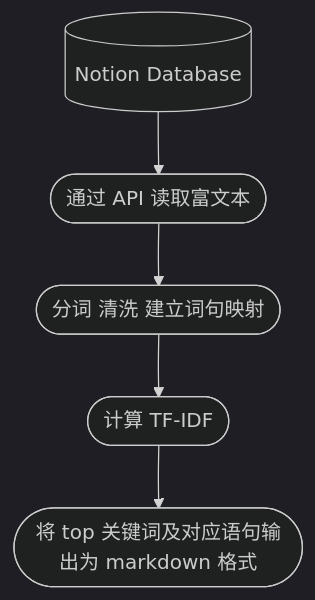
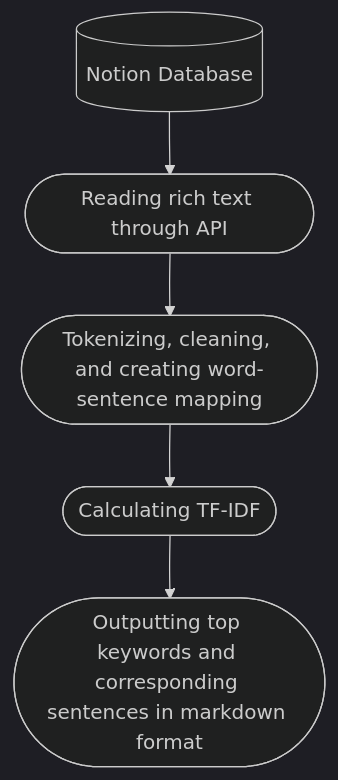
The diagram in README.md (dario-github/notion-nlp), drawn with Mermaid (dark theme) before and after one commit. The commit also changed other lines of this file and 3 other files, not shown here.

````diff
--- a/README.md
+++ b/README.md
@@ -11,5 +7,6 @@
 ```mermaid
 flowchart TB
 
-A[(Notion Database)] --> B([通过 API 读取富文本]) --> C([分词 清洗 建立词句映射]) --> D([计算 TF-IDF]) --> E([将 top 关键词及对应语句输出为 markdown 格式])
+A[(Notion Database)] --> B([Reading rich text through API]) --> C([Tokenizing, cleaning, and creating word-sentence mapping]) --> D([Calculating TF-IDF]) --> E([Outputting top keywords and corresponding sentences in markdown format])
+
 ```
````
